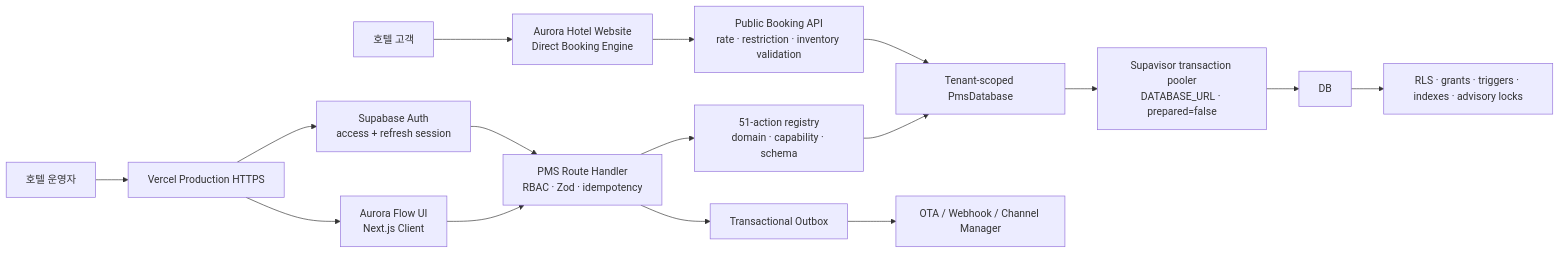
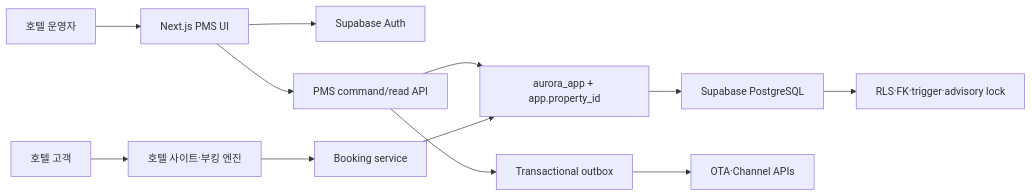
Before and after one commit to sksmsrkk-glitch/Aurora_PMS: the diagram in README.md, drawn with Mermaid. The commit also changed other lines of this file and 42 other files, not shown here.

First line of the commit message:
Harden the PostgreSQL platform and complete P2 PMS domains (#13)

````diff
--- a/README.md
+++ b/README.md
@@ -113,18 +62,14 @@
 ```mermaid
 flowchart LR
-  U["호텔 운영자"] --> VERCEL["Vercel Production HTTPS"]
-  G["호텔 고객"] --> WEB["Aurora Hotel Website\nDirect Booking Engine"]
-  VERCEL --> AUTH["Supabase Auth\naccess + refresh session"]
-  VERCEL --> UI["Aurora Flow UI\nNext.js Client"]
-  AUTH --> API["PMS Route Handler\nRBAC · Zod · idempotency"]
-  UI --> API
-  WEB --> BOOKING["Public Booking API\nrate · restriction · inventory validation"]
-  API --> REGISTRY["51-action registry\ndomain · capability · schema"]
-  REGISTRY --> ADAPTER["Tenant-scoped PmsDatabase"]
-  BOOKING --> ADAPTER
-  ADAPTER --> PG["Supavisor transaction pooler\nDATABASE_URL · prepared=false"]
-  PG --> DB
-  DB --> GUARD["RLS · grants · triggers · indexes · advisory locks"]
-  API --> OUTBOX["Transactional Outbox"]
-  OUTBOX --> OTA["OTA / Webhook / Channel Manager"]
+  Staff["호텔 운영자"] --> PMS["Next.js PMS UI"]
+  Guest["호텔 고객"] --> Web["호텔 사이트·부킹 엔진"]
+  PMS --> Auth["Supabase Auth"]
+  PMS --> API["PMS command/read API"]
+  Web --> Booking["Booking service"]
+  API --> Scope["aurora_app + app.property_id"]
+  Booking --> Scope
+  Scope --> PG["Supabase PostgreSQL"]
+  PG --> RLS["RLS·FK·trigger·advisory lock"]
+  API --> Outbox["Transactional outbox"]
+  Outbox --> Channels["OTA·Channel APIs"]
 ```
````
